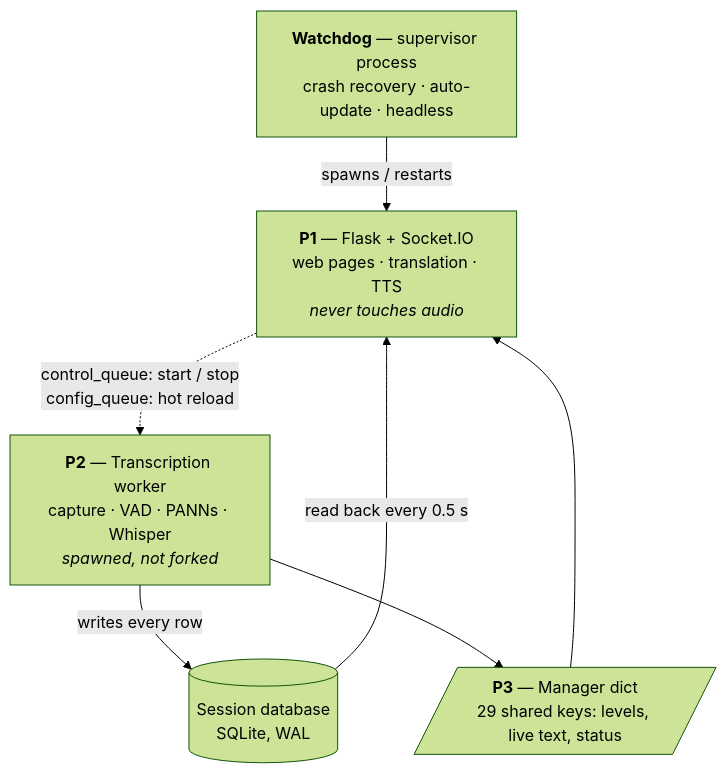
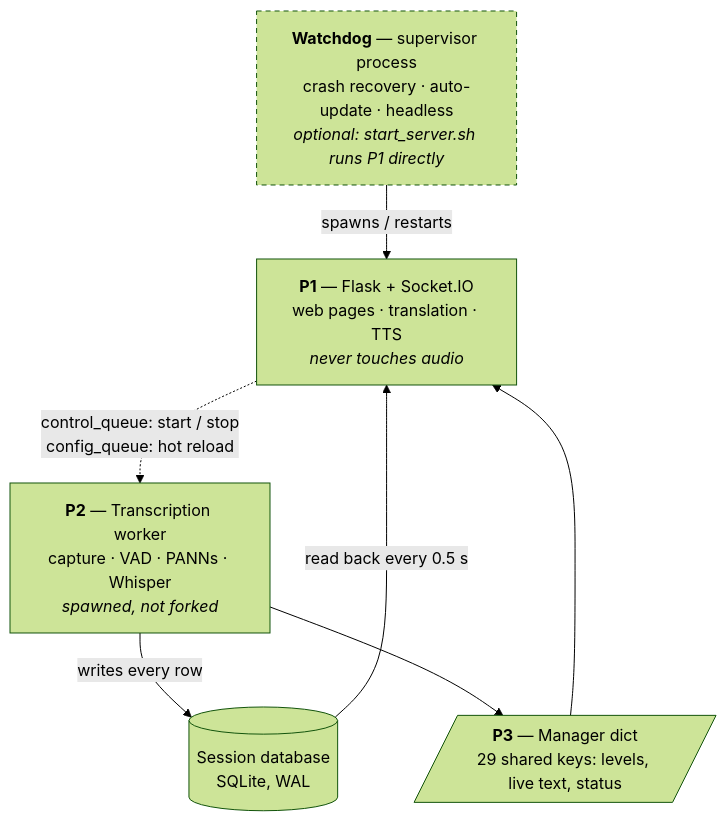
Before and after one commit to ChurchPresenter/STT: the first of 11 diagrams in PIPELINE.md, drawn with Mermaid (forest theme). The commit also changed other lines of this file, not shown here.

````diff
--- a/PIPELINE.md
+++ b/PIPELINE.md
@@ -31,15 +36,18 @@
 ```mermaid
 flowchart TD
-    WD["<b>Watchdog</b> — supervisor process<br/>crash recovery · auto-update · headless"]
+    WD["<b>Watchdog</b> — supervisor process<br/>crash recovery · auto-update · headless<br/><i>optional: start_server.sh runs P1 directly</i>"]
     WEB["<b>P1</b> — Flask + Socket.IO<br/>web pages · translation · TTS<br/><i>never touches audio</i>"]
     WK["<b>P2</b> — Transcription worker<br/>capture · VAD · PANNs · Whisper<br/><i>spawned, not forked</i>"]
     MG[/"<b>P3</b> — Manager dict<br/>29 shared keys: levels, live text, status"/]
     DB[("Session database<br/>SQLite, WAL")]
 
     WD -->|spawns / restarts| WEB
     WEB -.->|control_queue: start / stop<br/>config_queue: hot reload| WK
     WK -->|writes every row| DB
     DB -->|read back every 0.5 s| WEB
     WK --> MG
     MG --> WEB
+
+    classDef optin stroke-dasharray:5 4;
+    class WD optin;
 ```
````
